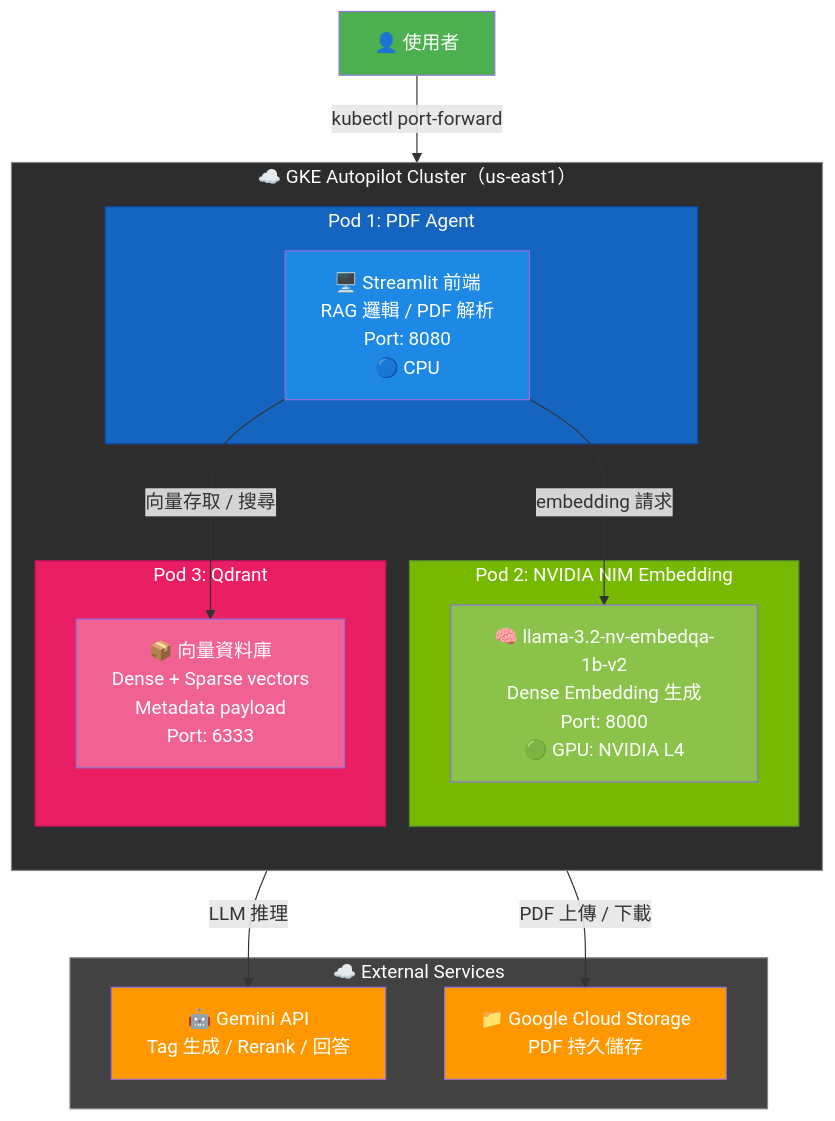
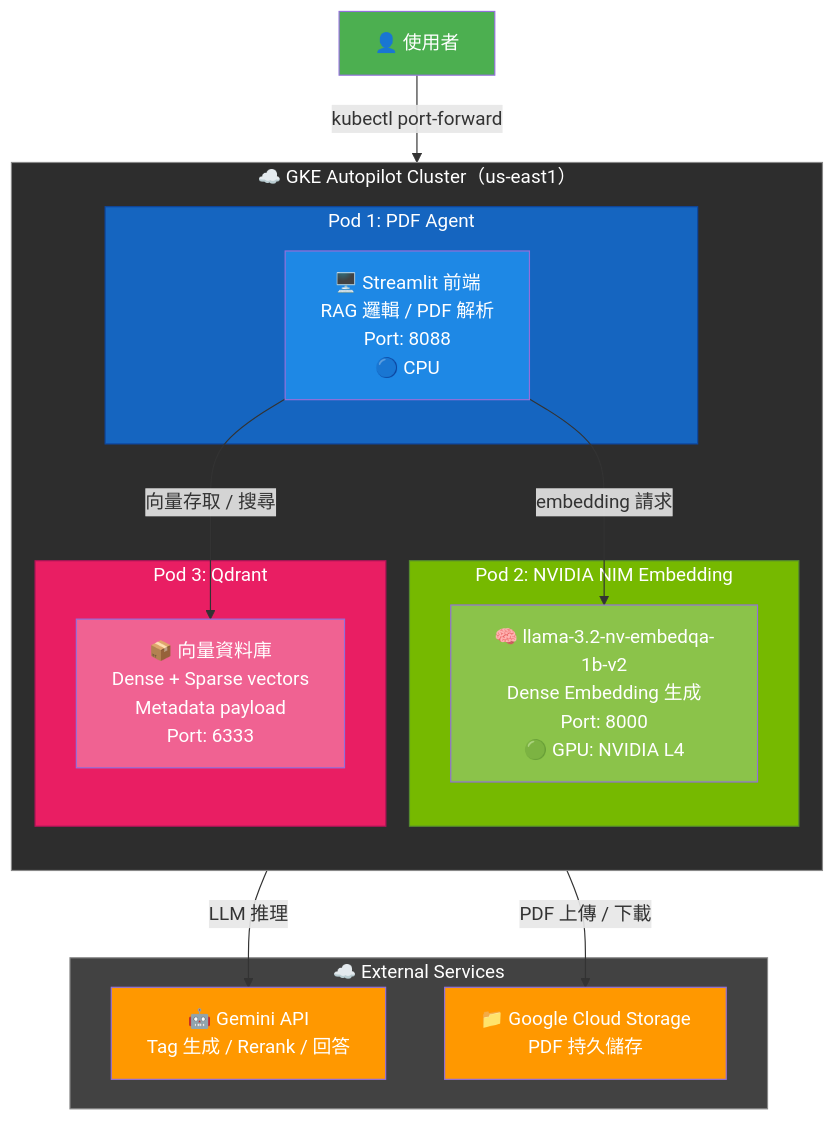
Before and after one commit to spike688023/pdf_parser_agent: the first of 6 diagrams in docs/pdf_pipeline_flowchart.md, drawn with Mermaid. The commit also changed 2 other files, not shown here.

Commit message:
Fix port-forward conflict by changing port and add readinessProbe to pdf-agent

````diff
--- a/docs/pdf_pipeline_flowchart.md
+++ b/docs/pdf_pipeline_flowchart.md
@@ -5,43 +5,43 @@
 ```mermaid
 flowchart TB
     subgraph GKE["☁️ GKE Autopilot Cluster（us-east1）"]
         direction TB
         
         subgraph pod1["Pod 1: PDF Agent"]
-            A["🖥️ Streamlit 前端<br/>RAG 邏輯 / PDF 解析<br/>Port: 8080<br/>🔵 CPU"]
+            A["🖥️ Streamlit 前端<br/>RAG 邏輯 / PDF 解析<br/>Port: 8088<br/>🔵 CPU"]
         end
         
         subgraph pod2["Pod 2: NVIDIA NIM Embedding"]
             B["🧠 llama-3.2-nv-embedqa-1b-v2<br/>Dense Embedding 生成<br/>Port: 8000<br/>🟢 GPU: NVIDIA L4"]
         end
         
         subgraph pod3["Pod 3: Qdrant"]
             C["📦 向量資料庫<br/>Dense + Sparse vectors<br/>Metadata payload<br/>Port: 6333"]
         end
         
         A -->|"embedding 請求"| B
         A -->|"向量存取 / 搜尋"| C
     end
     
     subgraph external["☁️ External Services"]
         D["🤖 Gemini API<br/>Tag 生成 / Rerank / 回答"]
         E["📁 Google Cloud Storage<br/>PDF 持久儲存"]
     end
     
     A -->|"LLM 推理"| D
     A -->|"PDF 上傳 / 下載"| E
     
     F["👤 使用者"] -->|"kubectl port-forward"| A
 
     style GKE fill:#2d2d2d,stroke:#888,color:#fff
     style pod1 fill:#1565C0,stroke:#0D47A1,color:#fff
     style pod2 fill:#76B900,stroke:#558B2F,color:#fff
     style pod3 fill:#E91E63,stroke:#AD1457,color:#fff
     style A fill:#1E88E5,color:#fff
     style B fill:#8BC34A,color:#fff
     style C fill:#F06292,color:#fff
     style D fill:#FF9800,color:#fff
     style E fill:#FF9800,color:#fff
     style F fill:#4CAF50,color:#fff
     style external fill:#424242,stroke:#888,color:#fff
 ```
````
